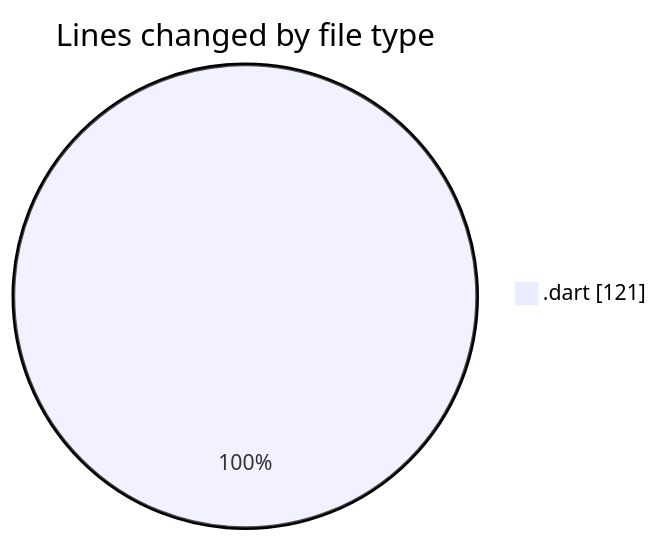
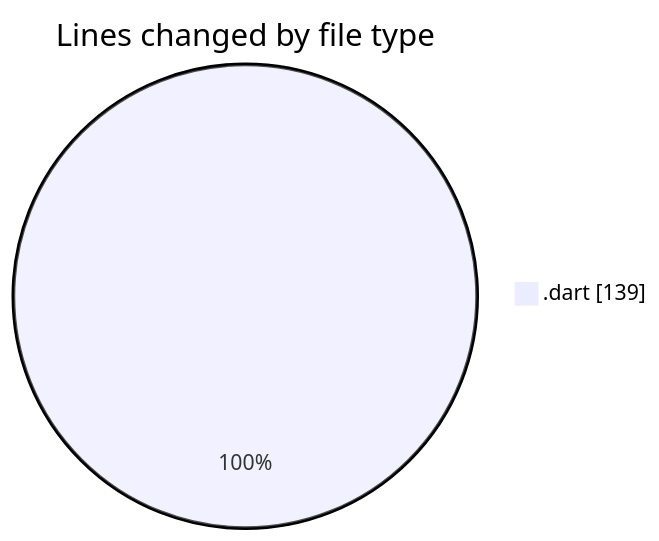
One commit to donsfak/code-tracking changed the first of 2 diagrams in 2025-01-24/trackers_app/README.md. Above: the diagram before and after it, drawn with Mermaid. The commit also changed other lines of this file and 1 other file, not shown here.

````diff
--- a/2025-01-24/trackers_app/README.md
+++ b/2025-01-24/trackers_app/README.md
@@ -21,5 +21,5 @@
 ```mermaid
 pie showData
 title Lines changed by file type
-".dart" : 121
+".dart" : 139
 ```
````
